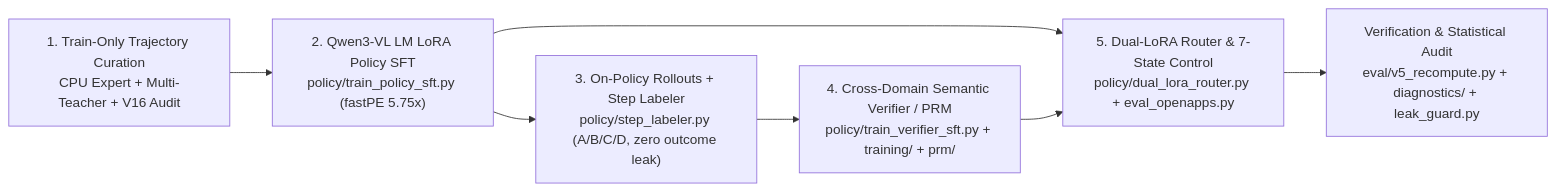
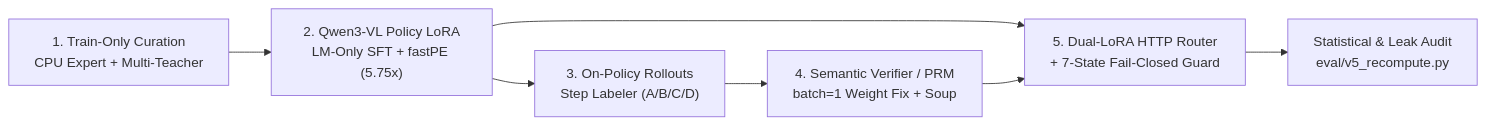
Before and after one commit to ca1tshame/GUI-Transition-Verifier: the diagram in README.md, drawn with Mermaid. The commit also changed other lines of this file and 5 other files, not shown here.

````diff
--- a/README.md
+++ b/README.md
@@ -51,9 +65,9 @@
 ```mermaid
 flowchart LR
-    A["1. Train-Only Trajectory Curation<br/>CPU Expert + Multi-Teacher + V16 Audit"] --> B["2. Qwen3-VL LM LoRA Policy SFT<br/>policy/train_policy_sft.py (fastPE 5.75x)"]
-    B --> C["3. On-Policy Rollouts + Step Labeler<br/>policy/step_labeler.py (A/B/C/D, zero outcome leak)"]
-    C --> D["4. Cross-Domain Semantic Verifier / PRM<br/>policy/train_verifier_sft.py + training/ + prm/"]
-    B --> E["5. Dual-LoRA Router & 7-State Control<br/>policy/dual_lora_router.py + eval_openapps.py"]
+    A["1. Train-Only Curation<br/>CPU Expert + Multi-Teacher"] --> B["2. Qwen3-VL Policy LoRA<br/>LM-Only SFT + fastPE (5.75x)"]
+    B --> C["3. On-Policy Rollouts<br/>Step Labeler (A/B/C/D)"]
+    C --> D["4. Semantic Verifier / PRM<br/>batch=1 Weight Fix + Soup"]
+    B --> E["5. Dual-LoRA HTTP Router<br/>+ 7-State Fail-Closed Guard"]
     D --> E
-    E --> F["Verification & Statistical Audit<br/>eval/v5_recompute.py + diagnostics/ + leak_guard.py"]
+    E --> F["Statistical &amp; Leak Audit<br/>eval/v5_recompute.py"]
 ```
````
